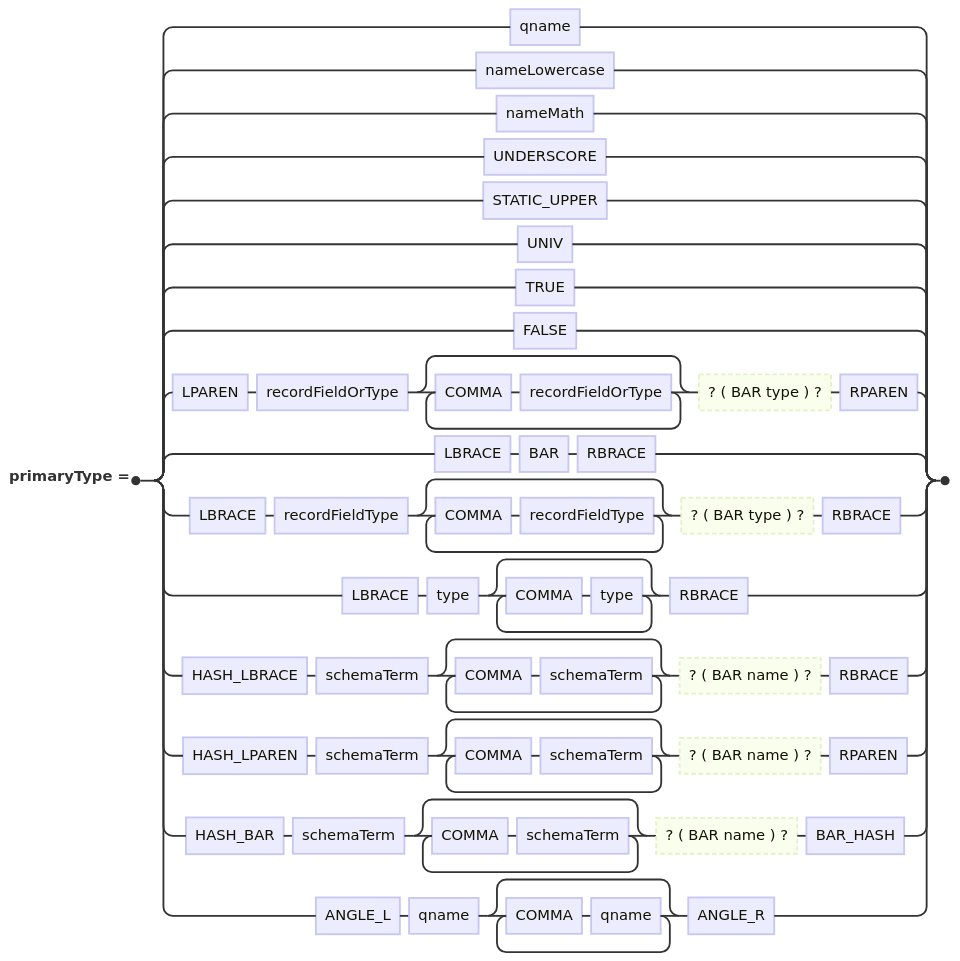
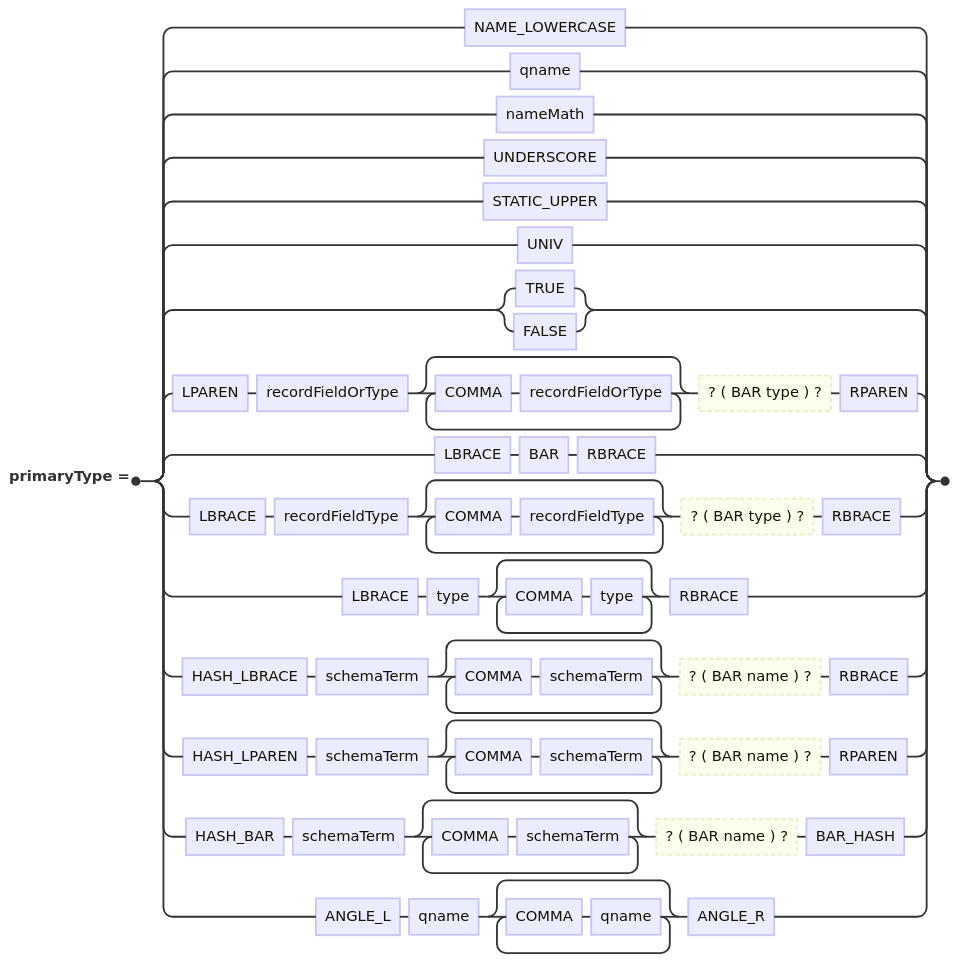
The eighth of 15 diagrams in docs/RAILROAD.md (wstein/flix-antlr-grammar), drawn with Mermaid before and after one commit. The commit also changed other lines of this file and 5 other files, not shown here.

````diff
--- a/docs/RAILROAD.md
+++ b/docs/RAILROAD.md
@@ -81,19 +82,18 @@
 ```mermaid
 railroad-ebnf-beta
-primaryType ::= qname
-    | nameLowercase
+primaryType ::= NAME_LOWERCASE
+    | qname
     | nameMath
     | UNDERSCORE
     | STATIC_UPPER
     | UNIV
-    | TRUE
-    | FALSE
+    | ( TRUE | FALSE )
     | LPAREN ( recordFieldOrType ( COMMA recordFieldOrType )* )? ( BAR type )? RPAREN
     | LBRACE BAR RBRACE
     | LBRACE ( recordFieldType ( COMMA recordFieldType )* )? ( BAR type )? RBRACE
     | LBRACE type ( COMMA type )* RBRACE
     | HASH_LBRACE ( schemaTerm ( COMMA schemaTerm )* )? ( BAR name )? RBRACE
     | HASH_LPAREN ( schemaTerm ( COMMA schemaTerm )* )? ( BAR name )? RPAREN
     | HASH_BAR ( schemaTerm ( COMMA schemaTerm )* )? ( BAR name )? BAR_HASH
     | ANGLE_L qname ( COMMA qname )* ANGLE_R ;
 ```
````
